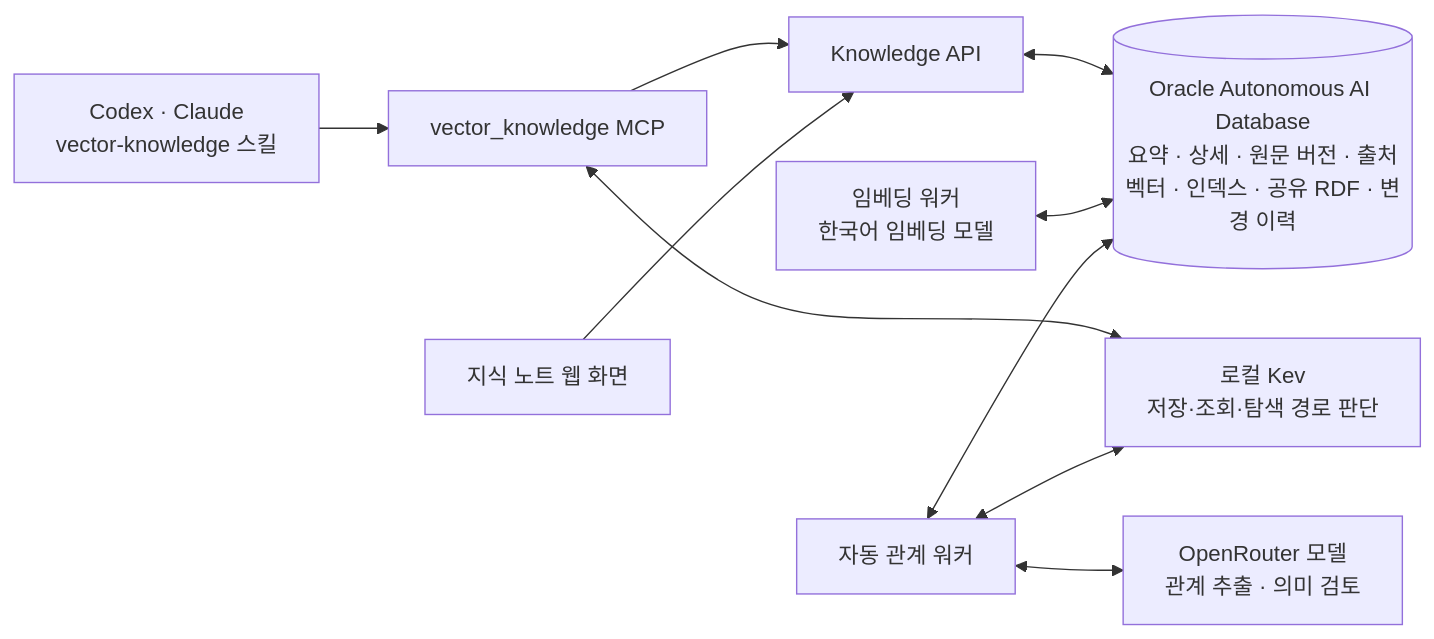
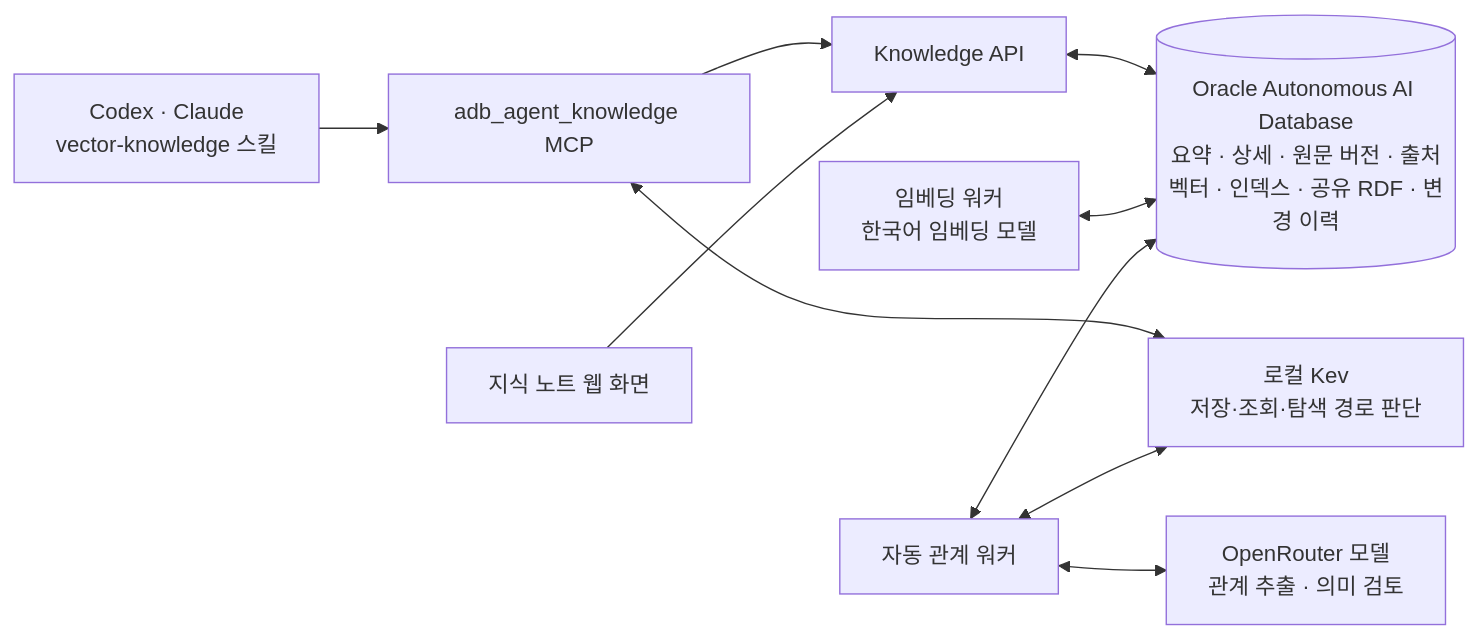
One commit to devmrko/adb-agent-knowledge changed the first of 5 diagrams in docs/guides/storage-retrieval-flow.md. Above: the diagram before and after it, drawn with Mermaid. The commit also changed 15 other files, not shown here.

Commit message:
Make MCP registration name configurable with adb_agent_knowledge default

````diff
--- a/docs/guides/storage-retrieval-flow.md
+++ b/docs/guides/storage-retrieval-flow.md
@@ -7,12 +7,12 @@
 ```mermaid
 flowchart LR
-    Agent["Codex · Claude<br/>vector-knowledge 스킬"] --> MCP["vector_knowledge MCP"]
+    Agent["Codex · Claude<br/>vector-knowledge 스킬"] --> MCP["adb_agent_knowledge MCP"]
     MCP --> API["Knowledge API"]
     UI["지식 노트 웹 화면"] --> API
     MCP <--> Kev["로컬 Kev<br/>저장·조회·탐색 경로 판단"]
     API <--> DB[("Oracle Autonomous AI Database<br/>요약 · 상세 · 원문 버전 · 출처<br/>벡터 · 인덱스 · 공유 RDF · 변경 이력")]
     Worker["임베딩 워커<br/>한국어 임베딩 모델"] <--> DB
     GraphWorker["자동 관계 워커"] <--> DB
     GraphWorker <--> Kev
     GraphWorker <--> LLM["OpenRouter 모델<br/>관계 추출 · 의미 검토"]
 ```
````
